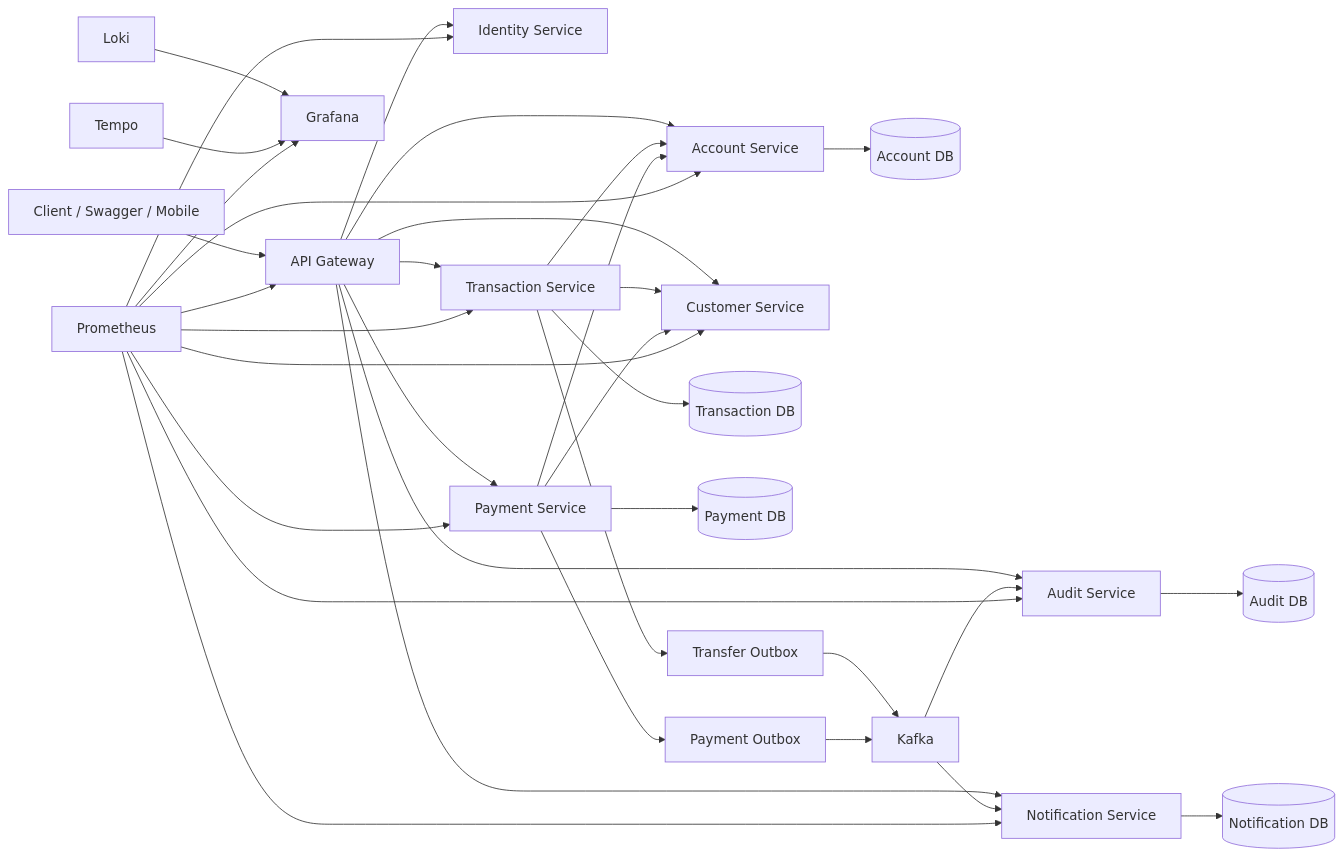
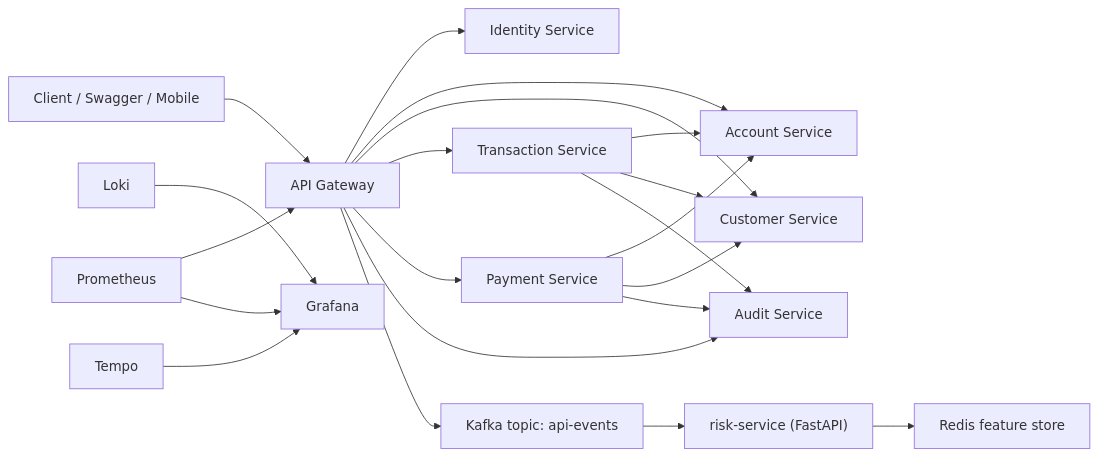
One commit to mrozmen7/gateway changed the diagram in README.md. Above: the diagram before and after it, drawn with Mermaid. The commit also changed other lines of this file and 1 other file, not shown here.

````diff
--- a/README.md
+++ b/README.md
@@ -41,43 +48,27 @@
 ```mermaid
 flowchart LR
     Client["Client / Swagger / Mobile"] --> Gateway["API Gateway"]
 
     Gateway --> Identity["Identity Service"]
     Gateway --> Account["Account Service"]
     Gateway --> Customer["Customer Service"]
     Gateway --> Transaction["Transaction Service"]
     Gateway --> Payment["Payment Service"]
     Gateway --> Audit["Audit Service"]
-    Gateway --> Notification["Notification Service"]
 
     Transaction --> Account
     Transaction --> Customer
+    Transaction --> Audit
     Payment --> Account
     Payment --> Customer
+    Payment --> Audit
 
-    Transaction --> TxDb[("Transaction DB")]
-    Payment --> PayDb[("Payment DB")]
-    Account --> AccDb[("Account DB")]
-    Audit --> AuditDb[("Audit DB")]
-    Notification --> NotifDb[("Notification DB")]
-
-    Transaction --> Outbox["Transfer Outbox"]
-    Payment --> Outbox2["Payment Outbox"]
-    Outbox --> Kafka["Kafka"]
-    Outbox2 --> Kafka
-    Kafka --> Audit
-    Kafka --> Notification
+    Gateway --> Kafka["Kafka topic: api-events"]
+    Kafka --> Risk["risk-service (FastAPI)"]
+    Risk --> Redis["Redis feature store"]
 
     Prom["Prometheus"] --> Gateway
-    Prom --> Identity
-    Prom --> Account
-    Prom --> Customer
-    Prom --> Transaction
-    Prom --> Payment
-    Prom --> Audit
-    Prom --> Notification
-
     Logs["Loki"] --> Grafana["Grafana"]
     Traces["Tempo"] --> Grafana
     Prom --> Grafana
 ```
````
